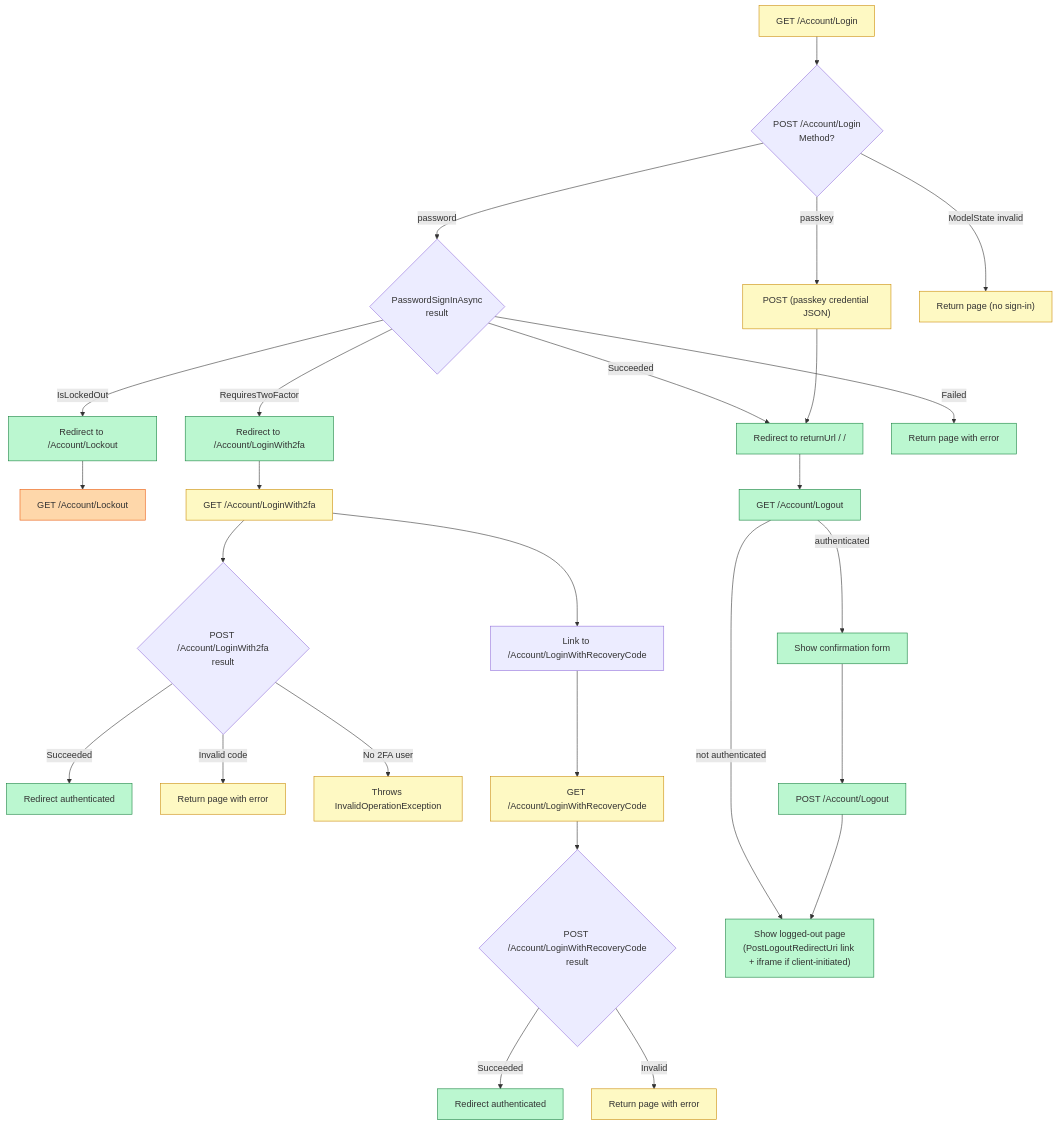
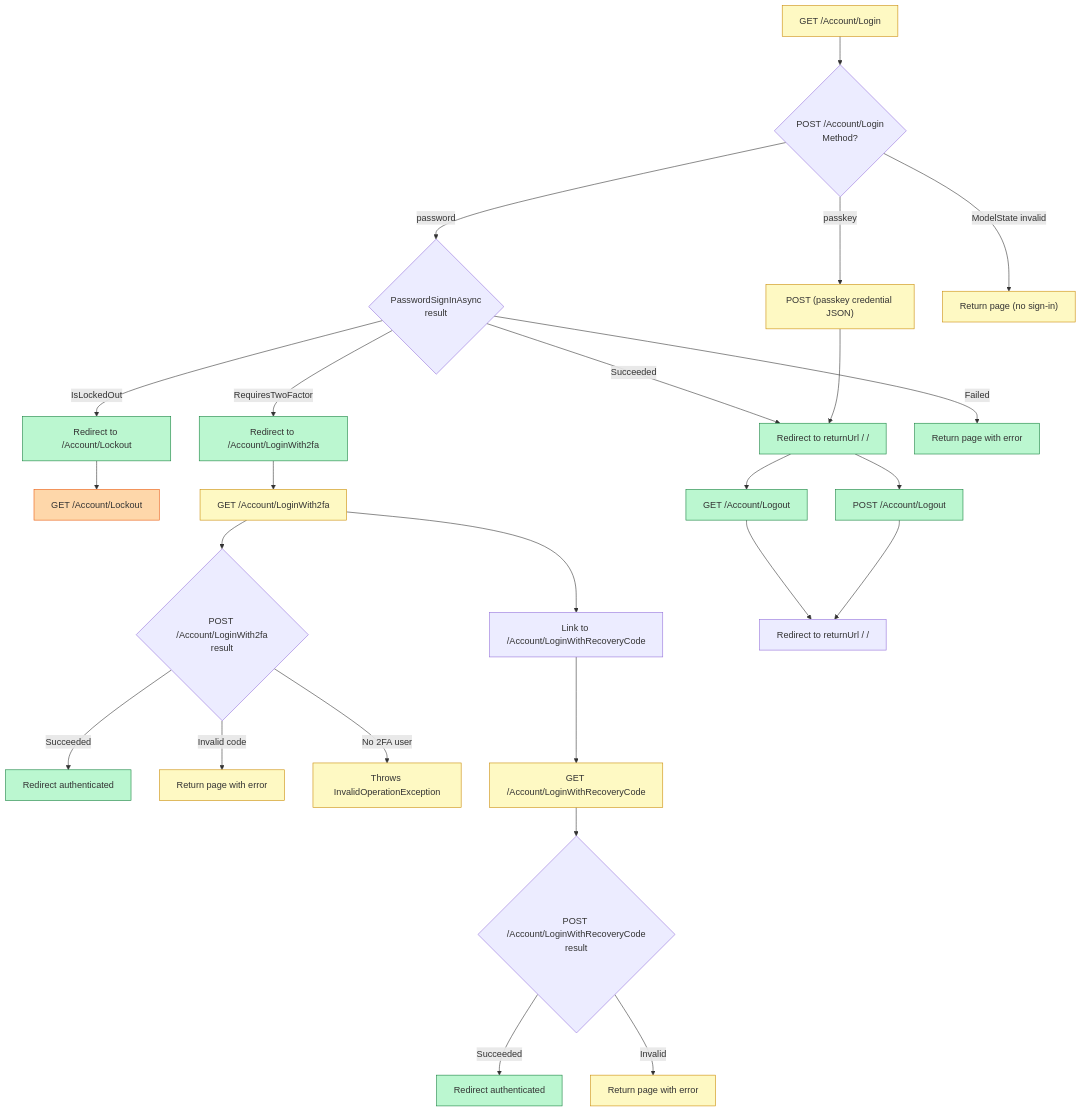
Before and after one commit to crgolden/Identity: the third of 16 diagrams in TESTING.md, drawn with Mermaid. The commit also changed other lines of this file and 82 other files, not shown here.

````diff
--- a/TESTING.md
+++ b/TESTING.md
@@ -175,81 +178,78 @@
 ```mermaid
 flowchart TD
     classDef covered fill:#bbf7d0,stroke:#15803d
     classDef unitOnly fill:#fef9c3,stroke:#ca8a04
     classDef partial fill:#fed7aa,stroke:#ea580c
     classDef noTest fill:#fee2e2,stroke:#dc2626
 
     LoginGET["GET /Account/Login"]:::unitOnly
 
     LoginPOST{"POST /Account/Login\nMethod?"}
 
     PasswordPath{"PasswordSignInAsync\nresult"}
 
     PasskeyPath["POST (passkey credential JSON)"]:::unitOnly
 
     ModelInvalid["Return page (no sign-in)"]:::unitOnly
 
     SignInSuccess["Redirect to returnUrl / /"]:::covered
 
     Requires2FA["Redirect to /Account/LoginWith2fa"]:::covered
 
     LockedOut["Redirect to /Account/Lockout"]:::covered
 
     SignInFailed["Return page with error"]:::covered
 
     LockoutPage["GET /Account/Lockout"]:::partial
 
     LoginWith2faPage["GET /Account/LoginWith2fa"]:::unitOnly
 
     LoginWith2faPOST{"POST /Account/LoginWith2fa\nresult"}
 
     TwoFASuccess["Redirect authenticated"]:::covered
 
     TwoFAInvalid["Return page with error"]:::unitOnly
 
     TwoFANoUser["Throws InvalidOperationException"]:::unitOnly
 
     RecoveryLink["Link to /Account/LoginWithRecoveryCode"]
 
     RecoveryGET["GET /Account/LoginWithRecoveryCode"]:::unitOnly
 
     RecoveryPOST{"POST /Account/LoginWithRecoveryCode\nresult"}
 
     RecoverySuccess["Redirect authenticated"]:::covered
 
     RecoveryInvalid["Return page with error"]:::unitOnly
 
     LogoutGET["GET /Account/Logout"]:::covered
 
     LogoutPOST["POST /Account/Logout"]:::covered
 
-    LogoutPrompt["Show confirmation form"]:::covered
-
-    LoggedOut["Show logged-out page\n(PostLogoutRedirectUri link + iframe if client-initiated)"]:::covered
+    SignedOut["Redirect to returnUrl / /"]
 
     LoginGET --> LoginPOST
     LoginPOST -->|"password"| PasswordPath
     LoginPOST -->|"passkey"| PasskeyPath
     LoginPOST -->|"ModelState invalid"| ModelInvalid
     PasswordPath -->|"Succeeded"| SignInSuccess
     PasswordPath -->|"RequiresTwoFactor"| Requires2FA
     PasswordPath -->|"IsLockedOut"| LockedOut
     PasswordPath -->|"Failed"| SignInFailed
     PasskeyPath --> SignInSuccess
     LockedOut --> LockoutPage
     Requires2FA --> LoginWith2faPage
     LoginWith2faPage --> LoginWith2faPOST
     LoginWith2faPage --> RecoveryLink
     LoginWith2faPOST -->|"Succeeded"| TwoFASuccess
     LoginWith2faPOST -->|"Invalid code"| TwoFAInvalid
     LoginWith2faPOST -->|"No 2FA user"| TwoFANoUser
     RecoveryLink --> RecoveryGET
     RecoveryGET --> RecoveryPOST
     RecoveryPOST -->|"Succeeded"| RecoverySuccess
     RecoveryPOST -->|"Invalid"| RecoveryInvalid
     SignInSuccess --> LogoutGET
-    LogoutGET -->|"authenticated"| LogoutPrompt
-    LogoutGET -->|"not authenticated"| LoggedOut
-    LogoutPrompt --> LogoutPOST
-    LogoutPOST --> LoggedOut
+    SignInSuccess --> LogoutPOST
+    LogoutGET --> SignedOut
+    LogoutPOST --> SignedOut
 ```
````
